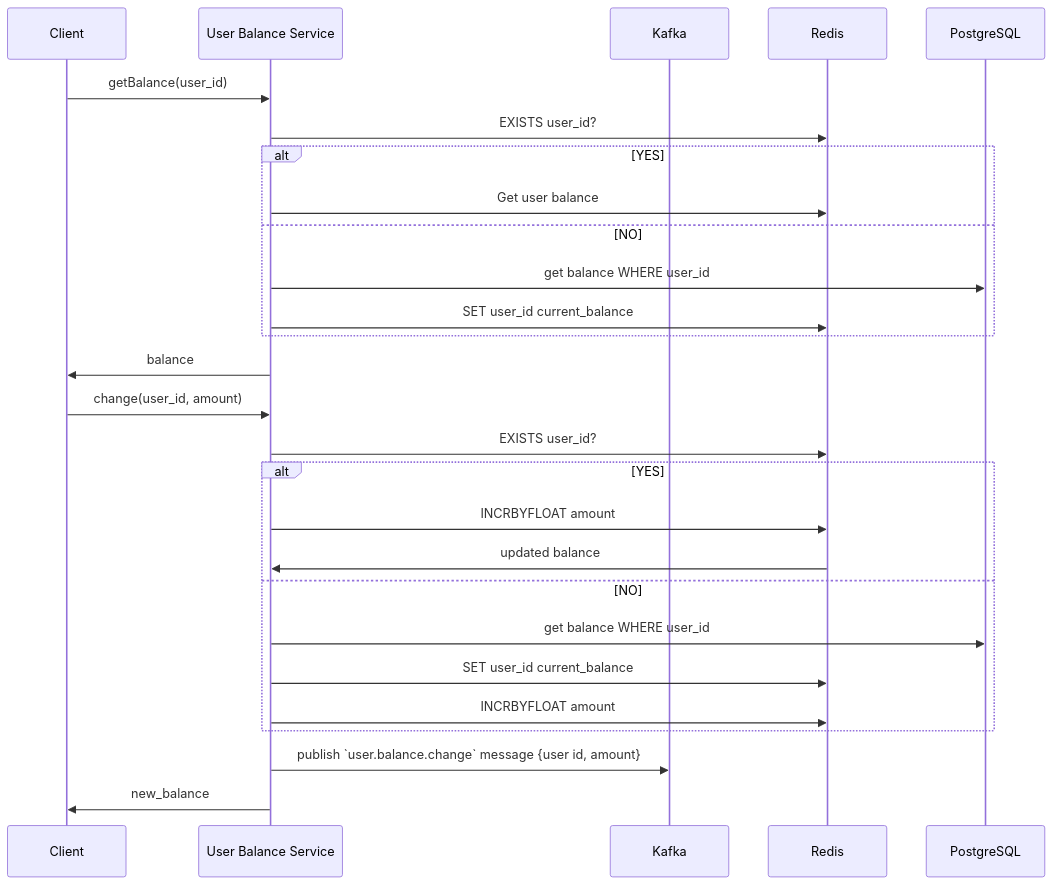
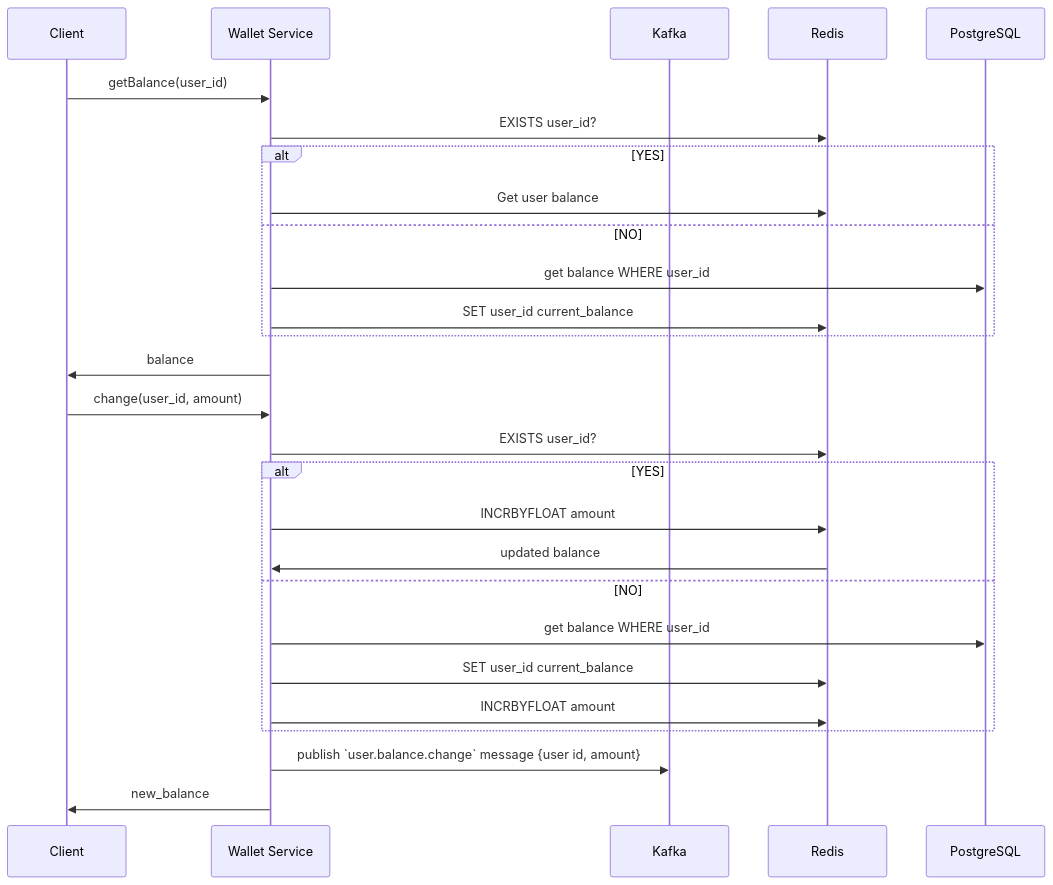
Before and after one commit to kadsin/sms-gateway: the third of 4 diagrams in docs/architecture.md, drawn with Mermaid. The commit also changed other lines of this file and 19 other files, not shown here.

Commit message:
refactor: Use `wallet` name instead of `user balance`

````diff
--- a/docs/architecture.md
+++ b/docs/architecture.md
@@ -86,31 +86,31 @@
 ```mermaid
 sequenceDiagram
     participant c as Client
-    participant s as User Balance Service
+    participant s as Wallet Service
     participant mb as Kafka
     participant r as Redis
     participant p as PostgreSQL
 
     c->>s: getBalance(user_id)
     s->>r: EXISTS user_id?
     alt YES
         s->>r: Get user balance
     else NO
         s->>p: get balance WHERE user_id
         s->>r: SET user_id current_balance
     end
     s->>c: balance
 
     c->>s: change(user_id, amount)
     s->>r: EXISTS user_id?
     alt YES
         s->>r: INCRBYFLOAT amount
         r->>s: updated balance
     else NO
         s->>p: get balance WHERE user_id
         s->>r: SET user_id current_balance
         s->>r: INCRBYFLOAT amount
     end
     s->>mb: publish `user.balance.change` message {user id, amount}
     s->>c: new_balance
 ```
````
